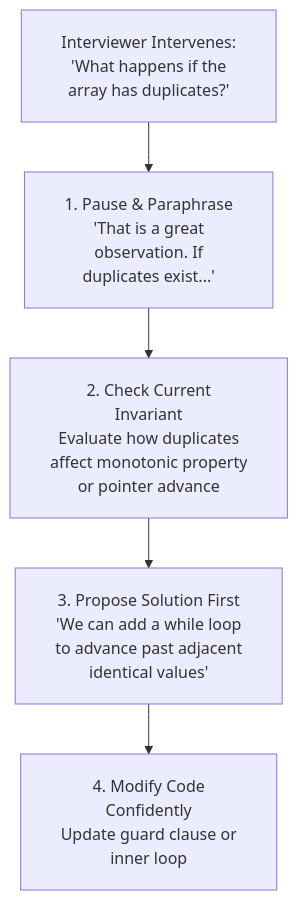
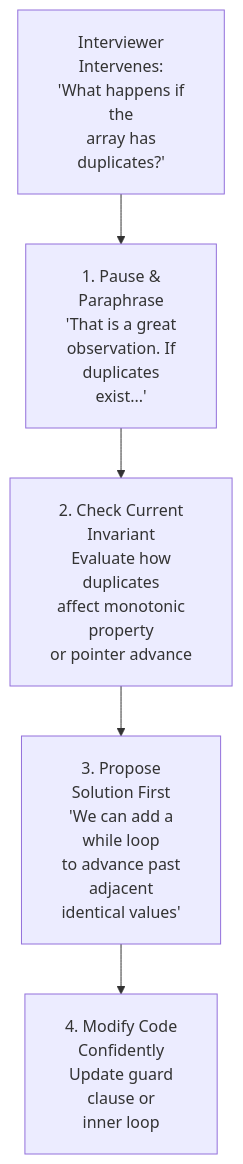
Before and after one commit to dip4k/DSA_102: the second of 2 diagrams in week_19_mock_interviews_mastery/Week_19_Visual_Concepts_Playbook_HYBRID.md, drawn with Mermaid. The commit also changed other lines of this file and 106 other files, not shown here.

First line of the commit message:
fix(mermaid): prevent text clipping with foreignObject overflow and tighter line wrapping

````diff
--- a/week_19_mock_interviews_mastery/Week_19_Visual_Concepts_Playbook_HYBRID.md
+++ b/week_19_mock_interviews_mastery/Week_19_Visual_Concepts_Playbook_HYBRID.md
@@ -101,12 +101,12 @@
 ```mermaid
-%%{init: {"flowchart": {"htmlLabels": true, "padding": 20}}}%%
+%%{init: {"flowchart": {"htmlLabels": true, "padding": 20}, "themeCSS": "foreignObject { overflow: visible !important; }"}}%%
 flowchart TD
-    Hint["Interviewer Intervenes:<br/>'What happens if the<br/>array has duplicates?'"]
+    Hint["Interviewer<br/>Intervenes:<br/>'What happens if<br/>the<br/>array has<br/>duplicates?'"]
 
-    P1["1. Pause & Paraphrase<br/>'That is a great<br/>observation. If<br/>duplicates exist...'"]
-    P2["2. Check Current<br/>Invariant<br/>Evaluate how duplicates<br/>affect monotonic property<br/>or pointer advance"]
-    P3["3. Propose Solution First<br/>'We can add a while loop<br/>to advance past adjacent<br/>identical values'"]
-    P4["4. Modify Code<br/>Confidently<br/>Update guard clause or<br/>inner loop"]
+    P1["1. Pause &<br/>Paraphrase<br/>'That is a great<br/>observation. If<br/>duplicates<br/>exist...'"]
+    P2["2. Check Current<br/>Invariant<br/>Evaluate how<br/>duplicates<br/>affect monotonic<br/>property<br/>or pointer advance"]
+    P3["3. Propose<br/>Solution First<br/>'We can add a<br/>while loop<br/>to advance past<br/>adjacent<br/>identical values'"]
+    P4["4. Modify Code<br/>Confidently<br/>Update guard<br/>clause or<br/>inner loop"]
 
     Hint --> P1 --> P2 --> P3 --> P4
 ```
````
